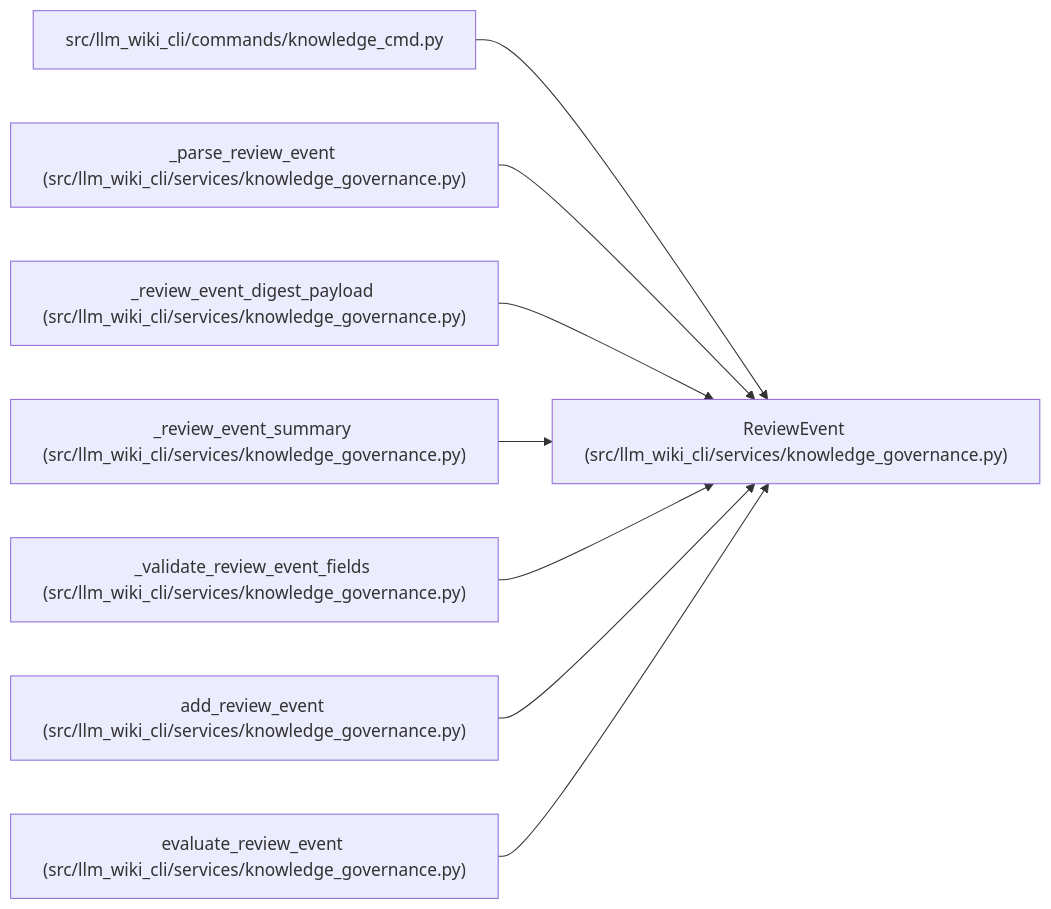
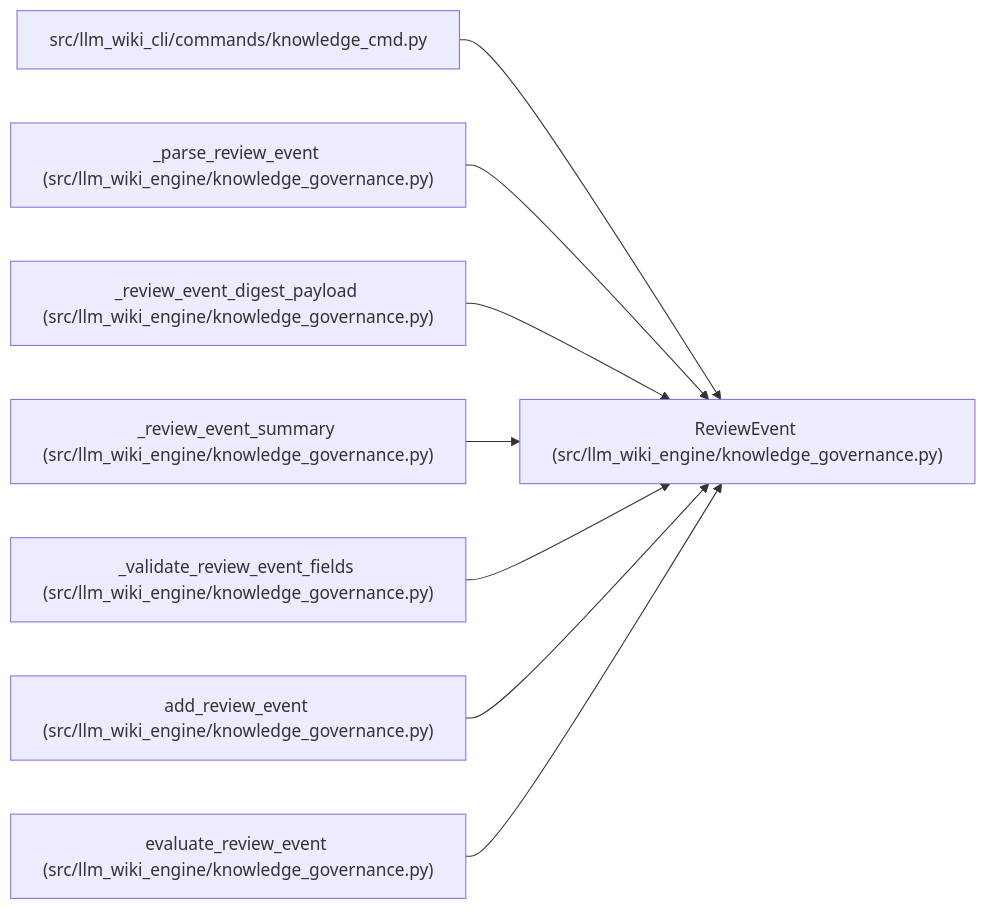
Before and after one commit to Denissvgn/python-wiki-llm: the diagram in docs/llm_wiki/entities/ReviewEvent.md, drawn with Mermaid. The commit also changed other lines of this file and 1058 other files, not shown here.

First line of the commit message:
docs: refresh the wiki for the knowledge store move

````diff
--- a/docs/llm_wiki/entities/ReviewEvent.md
+++ b/docs/llm_wiki/entities/ReviewEvent.md
@@ -37,26 +37,26 @@
 ```mermaid
 flowchart LR
-    n0["ReviewEvent (src/llm_wiki_cli/services/knowledge_governance.py)"]
+    n0["ReviewEvent (src/llm_wiki_engine/knowledge_governance.py)"]
     n1["src/llm_wiki_cli/commands/knowledge_cmd.py"]
-    n2["_parse_review_event (src/llm_wiki_cli/services/knowledge_governance.py)"]
-    n3["_review_event_digest_payload (src/llm_wiki_cli/services/knowledge_governance.py)"]
-    n4["_review_event_summary (src/llm_wiki_cli/services/knowledge_governance.py)"]
-    n5["_validate_review_event_fields (src/llm_wiki_cli/services/knowledge_governance.py)"]
-    n6["add_review_event (src/llm_wiki_cli/services/knowledge_governance.py)"]
-    n7["evaluate_review_event (src/llm_wiki_cli/services/knowledge_governance.py)"]
+    n2["_parse_review_event (src/llm_wiki_engine/knowledge_governance.py)"]
+    n3["_review_event_digest_payload (src/llm_wiki_engine/knowledge_governance.py)"]
+    n4["_review_event_summary (src/llm_wiki_engine/knowledge_governance.py)"]
+    n5["_validate_review_event_fields (src/llm_wiki_engine/knowledge_governance.py)"]
+    n6["add_review_event (src/llm_wiki_engine/knowledge_governance.py)"]
+    n7["evaluate_review_event (src/llm_wiki_engine/knowledge_governance.py)"]
     n1 --> n0
     n2 --> n0
     n3 --> n0
     n4 --> n0
     n5 --> n0
     n6 --> n0
     n7 --> n0
     click n0 "../modules/knowledge_governance.md"
     click n1 "../modules/knowledge_cmd.md"
     click n2 "../modules/knowledge_governance.md"
     click n3 "../modules/knowledge_governance.md"
     click n4 "../modules/knowledge_governance.md"
     click n5 "../modules/knowledge_governance.md"
     click n6 "../modules/knowledge_governance.md"
     click n7 "../modules/knowledge_governance.md"
 ```
````
